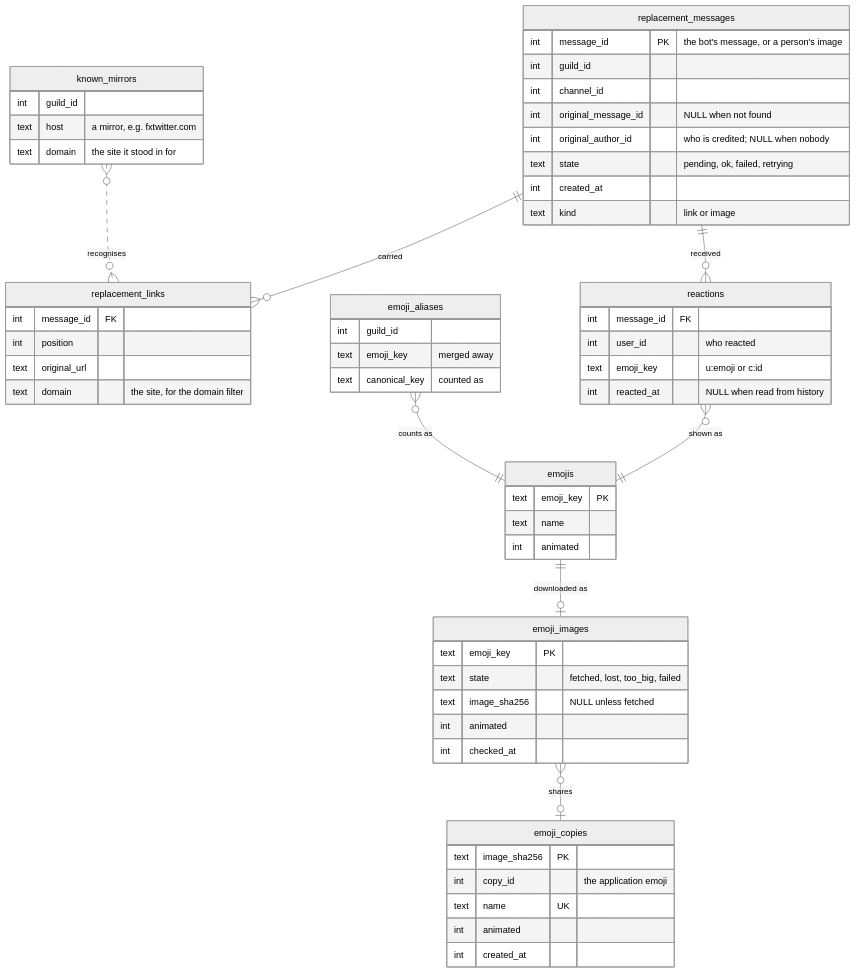
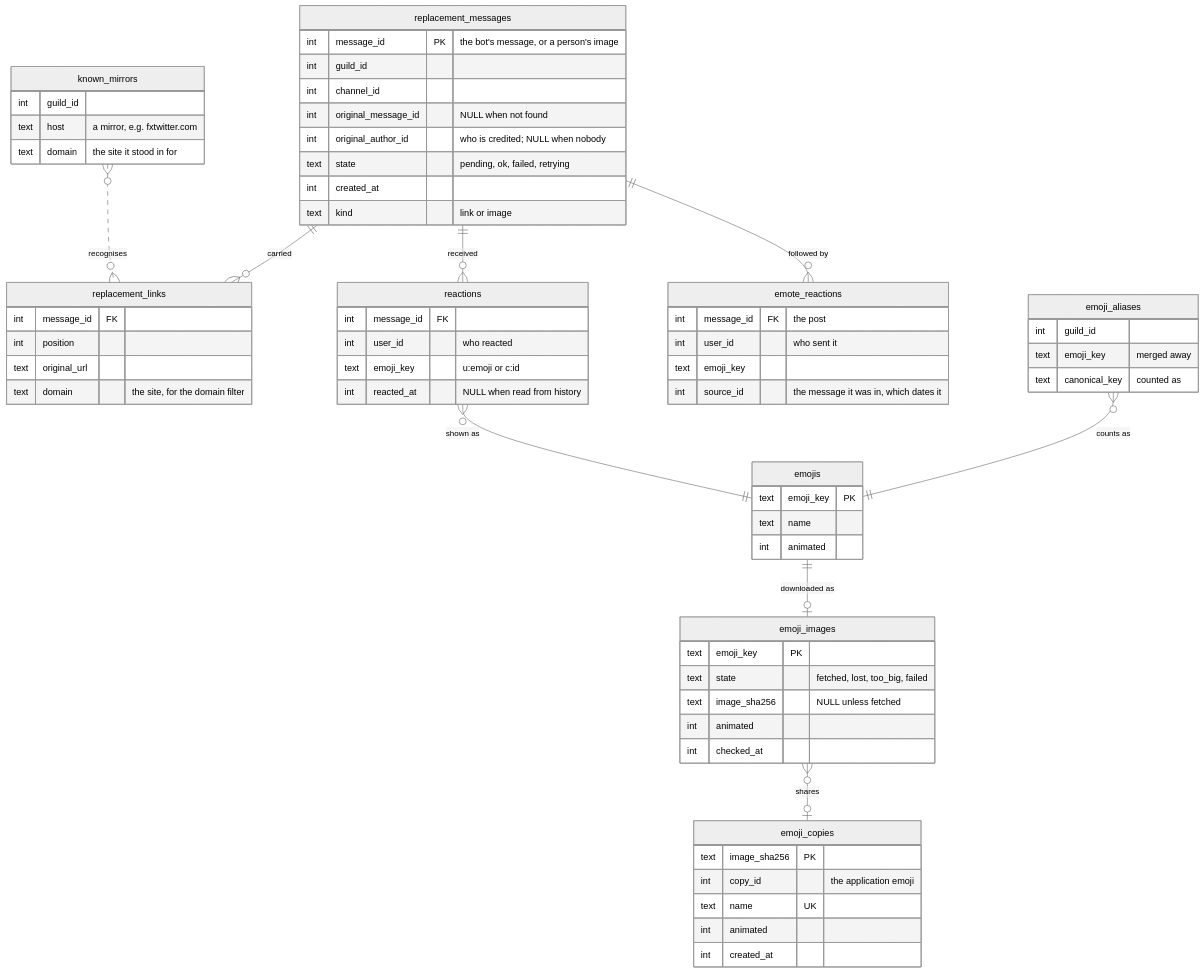
The first of 2 diagrams in docs/features/Link_Stats.md (mhorn00/LatiBot-cpp), drawn with Mermaid (neutral theme) before and after one commit. The commit also changed other lines of this file and 23 other files, not shown here.

First line of the commit message:
feat(linkstats): emotes sent after a post count as reactions; per_page; no user

````diff
--- a/docs/features/Link_Stats.md
+++ b/docs/features/Link_Stats.md
@@ -55,62 +63,69 @@
 ```mermaid
 erDiagram
     replacement_messages ||--o{ replacement_links : "carried"
     replacement_messages ||--o{ reactions : "received"
+    replacement_messages ||--o{ emote_reactions : "followed by"
     reactions }o--|| emojis : "shown as"
     emoji_aliases }o--|| emojis : "counts as"
     known_mirrors }o..o{ replacement_links : "recognises"
     emojis ||--o| emoji_images : "downloaded as"
     emoji_images }o--o| emoji_copies : "shares"
 
     replacement_messages {
         int message_id PK "the bot's message, or a person's image"
         int guild_id
         int channel_id
         int original_message_id "NULL when not found"
         int original_author_id "who is credited; NULL when nobody"
         text state "pending, ok, failed, retrying"
         int created_at
         text kind "link or image"
     }
     replacement_links {
         int message_id FK
         int position
         text original_url
         text domain "the site, for the domain filter"
     }
     reactions {
         int message_id FK
         int user_id "who reacted"
         text emoji_key "u:emoji or c:id"
         int reacted_at "NULL when read from history"
+    }
+    emote_reactions {
+        int message_id FK "the post"
+        int user_id "who sent it"
+        text emoji_key
+        int source_id "the message it was in, which dates it"
     }
     emojis {
         text emoji_key PK
         text name
         int animated
     }
     emoji_aliases {
         int guild_id
         text emoji_key "merged away"
         text canonical_key "counted as"
     }
     known_mirrors {
         int guild_id
         text host "a mirror, e.g. fxtwitter.com"
         text domain "the site it stood in for"
     }
     emoji_images {
         text emoji_key PK
         text state "fetched, lost, too_big, failed"
         text image_sha256 "NULL unless fetched"
         int animated
         int checked_at
     }
     emoji_copies {
         text image_sha256 PK
         int copy_id "the application emoji"
         text name UK
         int animated
         int created_at
     }
 ```
````
